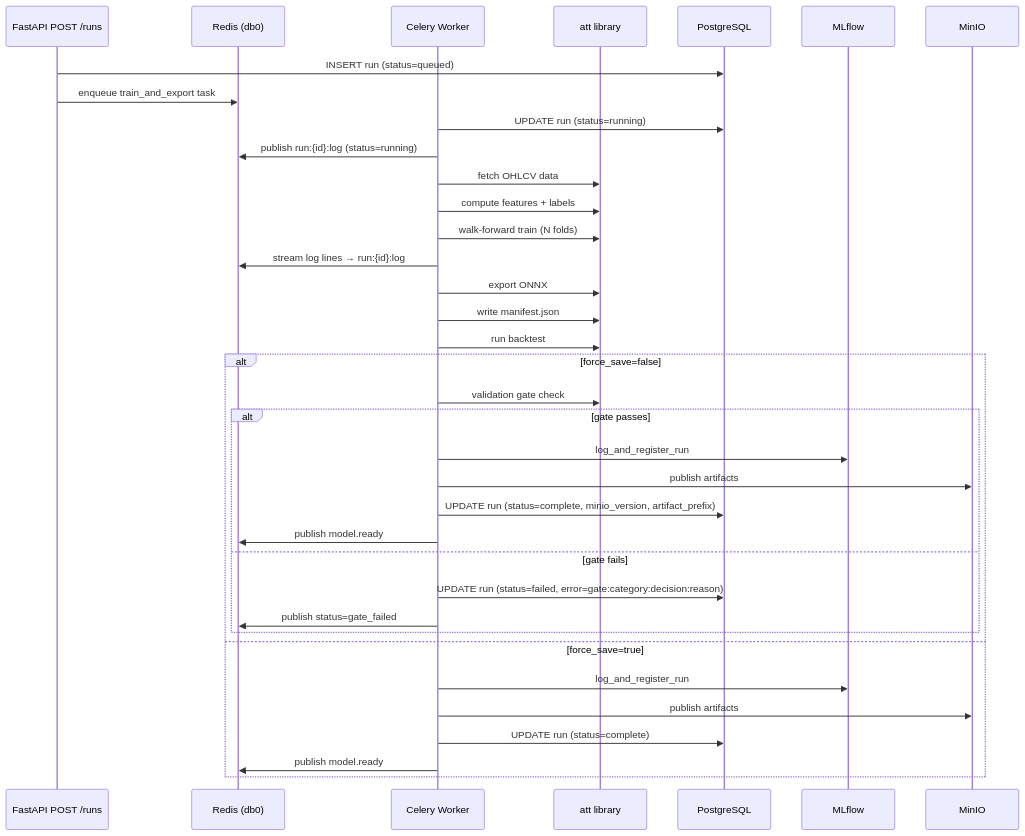
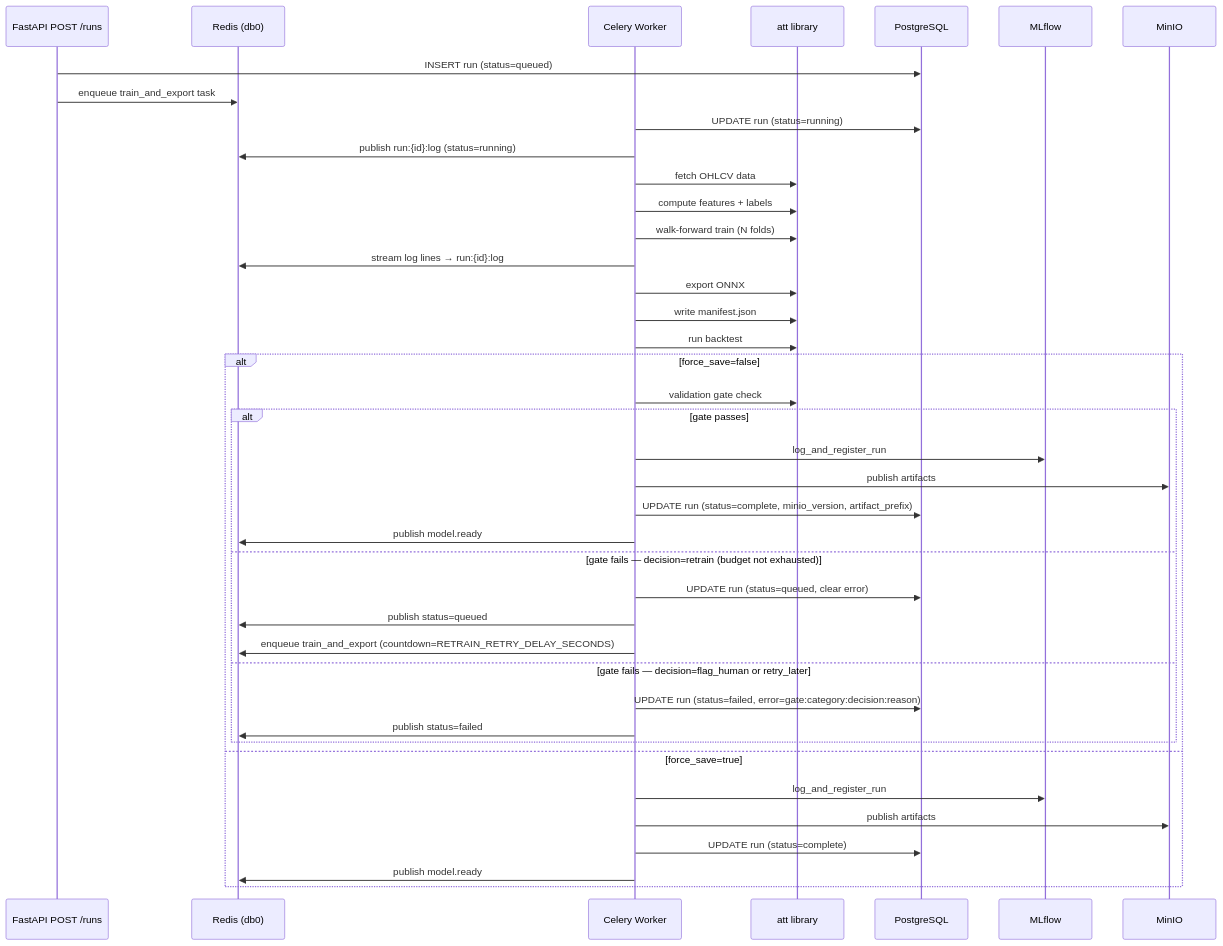
One commit to Preeth2000/alphaDocs changed the first of 2 diagrams in services/alphaGen/Architecture.md. Above: the diagram before and after it, drawn with Mermaid. The commit also changed other lines of this file and 1 other file, not shown here.

Commit message:
docs: update Data and Architecture for validation, model selection, SSE, Celery
- Data.md: OHLCV validation table (DataQualityError checks); multi-ticker union+ffill warning
- Architecture.md: last-fold model selection rationale; Celery task_acks_late/max_tasks_per_child;
  mark_stale_runs broker-inspect scope; async SSE heartbeat + missed-event race guard

````diff
--- a/services/alphaGen/Architecture.md
+++ b/services/alphaGen/Architecture.md
@@ -60,39 +60,43 @@
 ```mermaid
 sequenceDiagram
     participant API as FastAPI POST /runs
     participant RD as Redis (db0)
     participant W as Celery Worker
     participant ATT as att library
     participant PG as PostgreSQL
     participant ML as MLflow
     participant MN as MinIO
 
     API->>PG: INSERT run (status=queued)
     API->>RD: enqueue train_and_export task
     W->>PG: UPDATE run (status=running)
     W->>RD: publish run:{id}:log (status=running)
     W->>ATT: fetch OHLCV data
     W->>ATT: compute features + labels
     W->>ATT: walk-forward train (N folds)
     W->>RD: stream log lines → run:{id}:log
     W->>ATT: export ONNX
     W->>ATT: write manifest.json
     W->>ATT: run backtest
     alt force_save=false
         W->>ATT: validation gate check
         alt gate passes
             W->>ML: log_and_register_run
             W->>MN: publish artifacts
             W->>PG: UPDATE run (status=complete, minio_version, artifact_prefix)
             W->>RD: publish model.ready
-        else gate fails
+        else gate fails — decision=retrain (budget not exhausted)
+            W->>PG: UPDATE run (status=queued, clear error)
+            W->>RD: publish status=queued
+            W->>RD: enqueue train_and_export (countdown=RETRAIN_RETRY_DELAY_SECONDS)
+        else gate fails — decision=flag_human or retry_later
             W->>PG: UPDATE run (status=failed, error=gate:category:decision:reason)
-            W->>RD: publish status=gate_failed
+            W->>RD: publish status=failed
         end
     else force_save=true
         W->>ML: log_and_register_run
         W->>MN: publish artifacts
         W->>PG: UPDATE run (status=complete)
         W->>RD: publish model.ready
     end
 ```
````
